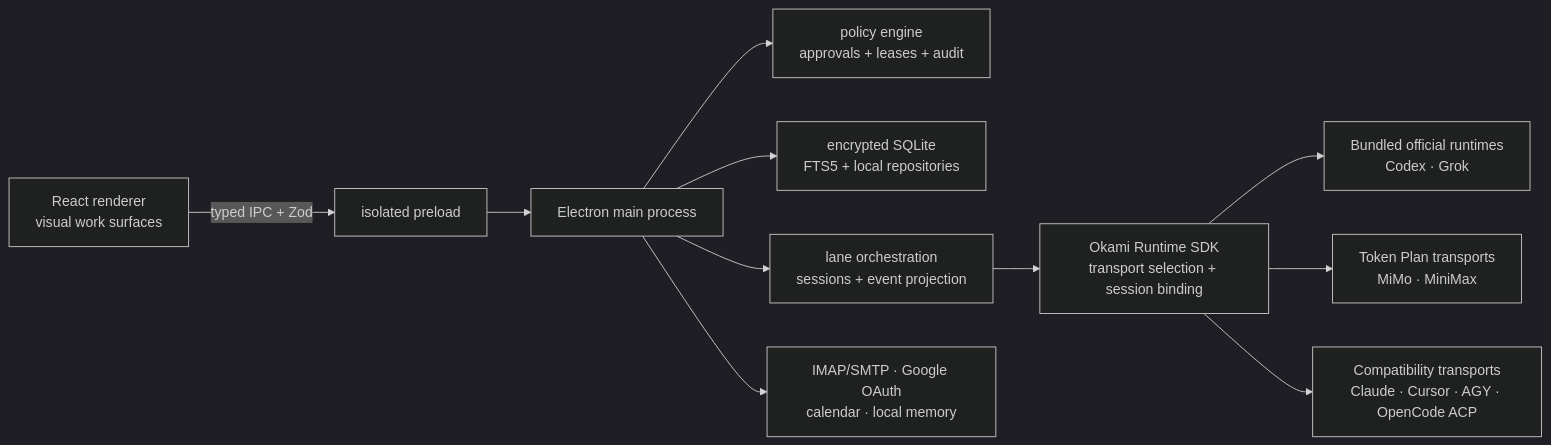
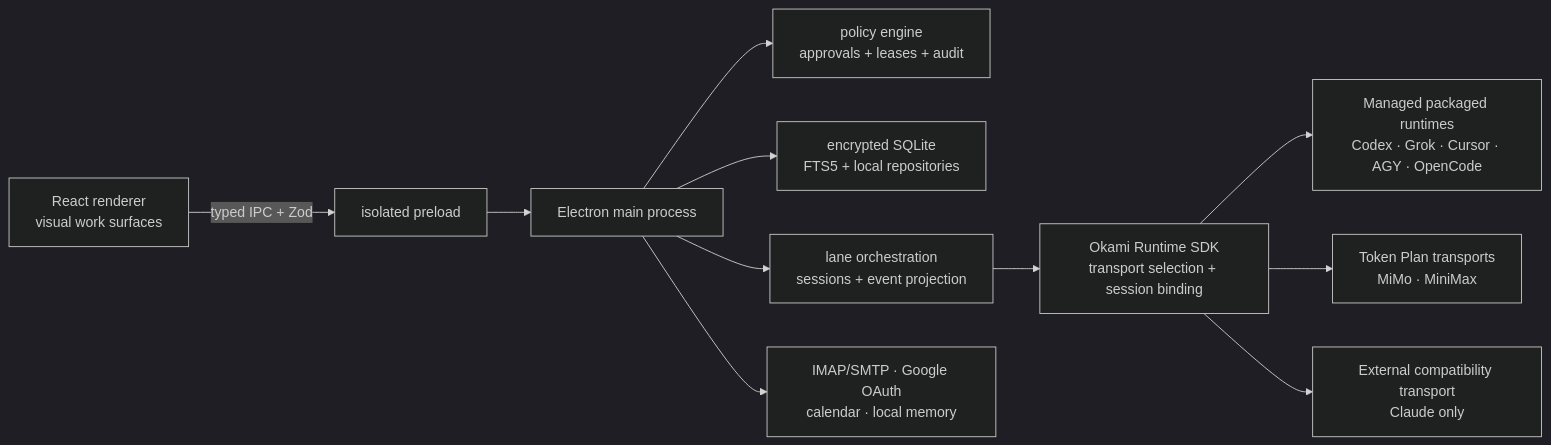
One commit to OkamiOps/OkamiCode changed the diagram in README.md. Above: the diagram before and after it, drawn with Mermaid (dark theme). The commit also changed other lines of this file and 6 other files, not shown here.

Commit message:
test(runtime): verify managed packaged ownership

````diff
--- a/README.md
+++ b/README.md
@@ -108,13 +110,13 @@
 ```mermaid
 flowchart LR
   UI["React renderer\nvisual work surfaces"] -->|"typed IPC + Zod"| PRELOAD["isolated preload"]
   PRELOAD --> MAIN["Electron main process"]
   MAIN --> POLICY["policy engine\napprovals + leases + audit"]
   MAIN --> DATA["encrypted SQLite\nFTS5 + local repositories"]
   MAIN --> ORCH["lane orchestration\nsessions + event projection"]
   ORCH --> SDK["Okami Runtime SDK\ntransport selection + session binding"]
-  SDK --> MANAGED["Bundled official runtimes\nCodex · Grok"]
+  SDK --> MANAGED["Managed packaged runtimes\nCodex · Grok · Cursor · AGY · OpenCode"]
   SDK --> TOKEN["Token Plan transports\nMiMo · MiniMax"]
-  SDK --> OPTIONAL["Compatibility transports\nClaude · Cursor · AGY · OpenCode ACP"]
+  SDK --> OPTIONAL["External compatibility transport\nClaude only"]
   MAIN --> CONNECTORS["IMAP/SMTP · Google OAuth\ncalendar · local memory"]
 ```
````
